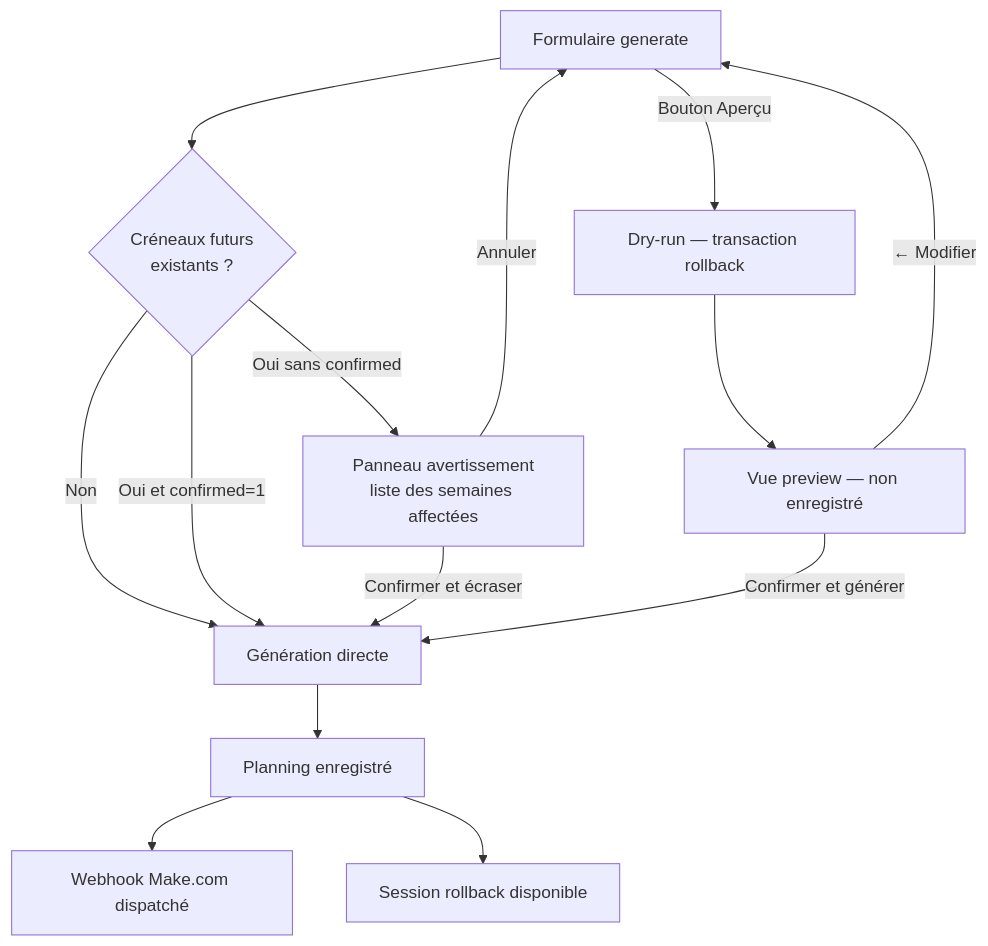
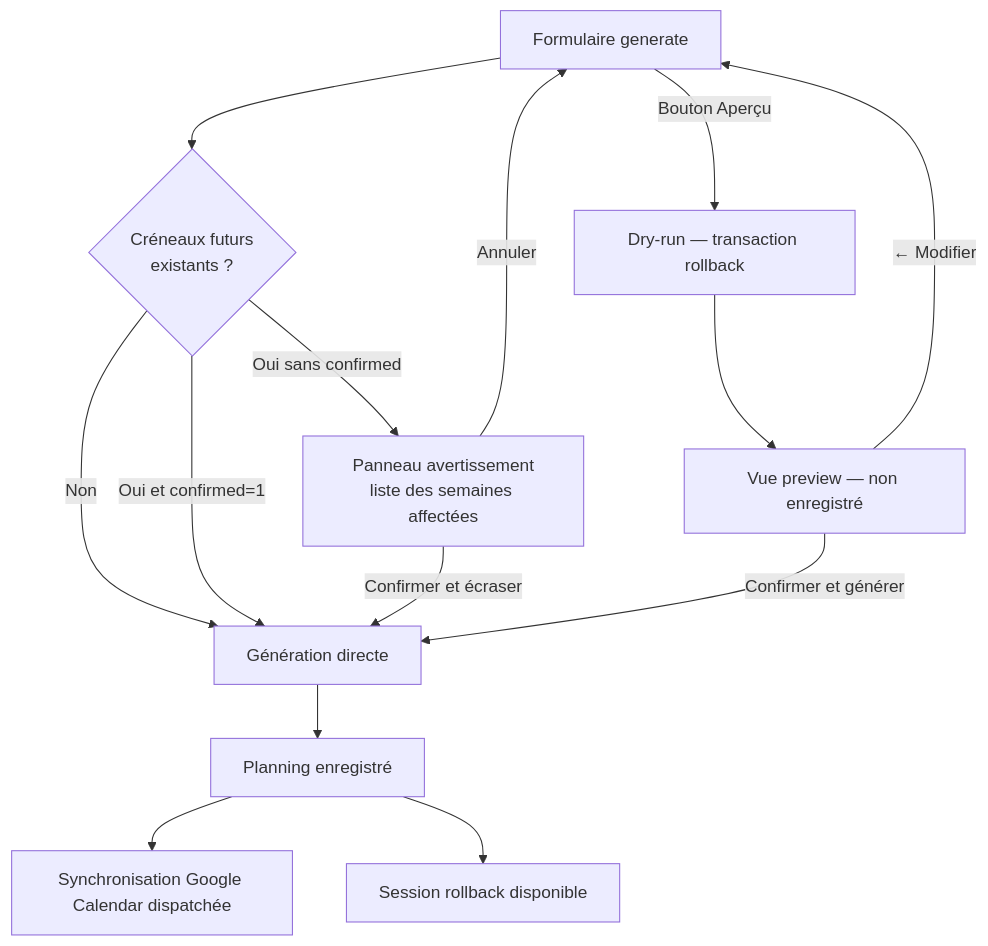
One commit to Djallel93/amana_web_planning changed the fifth of 14 diagrams in README.md. Above: the diagram before and after it, drawn with Mermaid. The commit also changed other lines of this file and 41 other files, not shown here.

First line of the commit message:
feat: Implement Google Calendar integration with new services and database migrations

````diff
--- a/README.md
+++ b/README.md
@@ -240,16 +239,16 @@
 ```mermaid
 flowchart TD
     A[Formulaire generate] --> B{Créneaux futurs\nexistants ?}
     B -->|Non| D[Génération directe]
     B -->|Oui et confirmed=1| D
     B -->|Oui sans confirmed| C[Panneau avertissement\nliste des semaines affectées]
     C -->|Confirmer et écraser| D
     C -->|Annuler| A
     A -->|Bouton Aperçu| E[Dry-run — transaction rollback]
     E --> F[Vue preview — non enregistré]
     F -->|Confirmer et générer| D
     F -->|← Modifier| A
     D --> G[Planning enregistré]
-    G --> H[Webhook Make.com dispatché]
+    G --> H[Synchronisation Google Calendar dispatchée]
     G --> I[Session rollback disponible]
 ```
````
